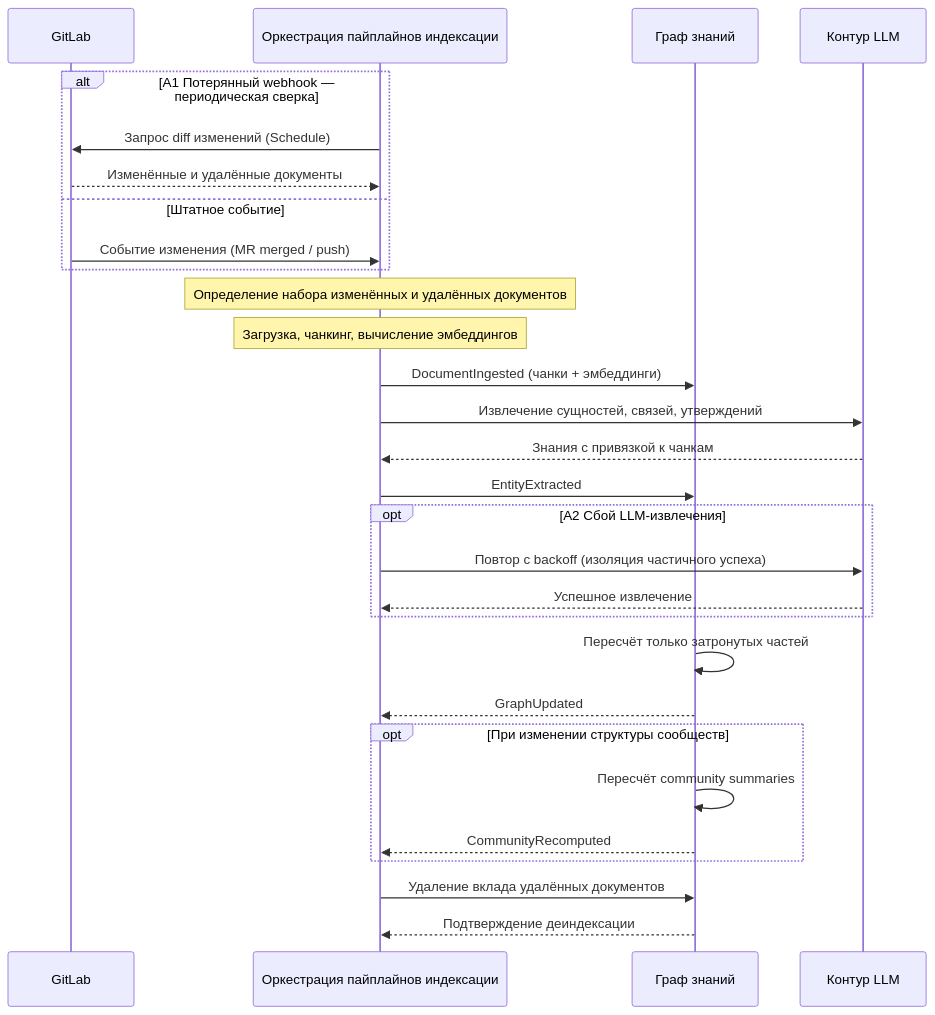
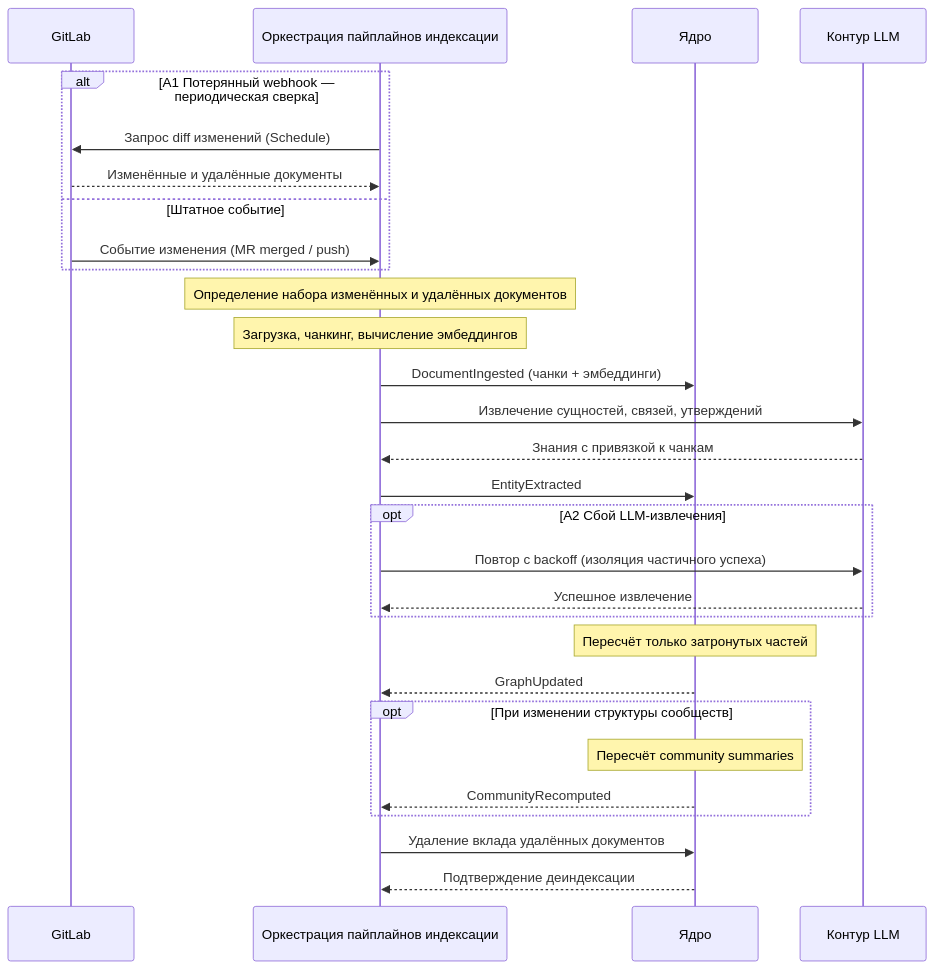
One commit to n-marusov/graphrag changed the diagram in specs/use-cases/UC-knowledge.sync.gitlab-index.md. Above: the diagram before and after it, drawn with Mermaid. The commit also changed other lines of this file and 5 other files, not shown here.

First line of the commit message:
docs(use-cases): align diagram actors with container names

````diff
--- a/specs/use-cases/UC-knowledge.sync.gitlab-index.md
+++ b/specs/use-cases/UC-knowledge.sync.gitlab-index.md
@@ -15,45 +15,45 @@
 ```mermaid
 sequenceDiagram
     participant GitLab as GitLab
     participant IDX as Оркестрация пайплайнов индексации
-    participant KG as Граф знаний
+    participant Core as Ядро
     participant LLM as Контур LLM
 
     alt A1 Потерянный webhook — периодическая сверка
         IDX->>GitLab: Запрос diff изменений (Schedule)
         GitLab-->>IDX: Изменённые и удалённые документы
     else Штатное событие
         GitLab->>IDX: Событие изменения (MR merged / push)
     end
 
     %% --- 1. Определение diff ---
     Note over IDX: Определение набора изменённых и удалённых документов
 
     %% --- 2. Подготовка документов ---
     Note over IDX: Загрузка, чанкинг, вычисление эмбеддингов
-    IDX->>KG: DocumentIngested (чанки + эмбеддинги)
+    IDX->>Core: DocumentIngested (чанки + эмбеддинги)
 
     %% --- 3. Извлечение сущностей ---
     IDX->>LLM: Извлечение сущностей, связей, утверждений
     LLM-->>IDX: Знания с привязкой к чанкам
-    IDX->>KG: EntityExtracted
+    IDX->>Core: EntityExtracted
 
     opt A2 Сбой LLM-извлечения
         IDX->>LLM: Повтор с backoff (изоляция частичного успеха)
         LLM-->>IDX: Успешное извлечение
     end
 
     %% --- 4. Инкрементальное обновление графа ---
-    KG->>KG: Пересчёт только затронутых частей
-    KG-->>IDX: GraphUpdated
+    Note over Core: Пересчёт только затронутых частей
+    Core-->>IDX: GraphUpdated
 
     %% --- 5. Суммаризации сообществ ---
     opt При изменении структуры сообществ
-        KG->>KG: Пересчёт community summaries
-        KG-->>IDX: CommunityRecomputed
+        Note over Core: Пересчёт community summaries
+        Core-->>IDX: CommunityRecomputed
     end
 
     %% --- 6. Деиндексация удалённых ---
-    IDX->>KG: Удаление вклада удалённых документов
-    KG-->>IDX: Подтверждение деиндексации
+    IDX->>Core: Удаление вклада удалённых документов
+    Core-->>IDX: Подтверждение деиндексации
 ```
````
